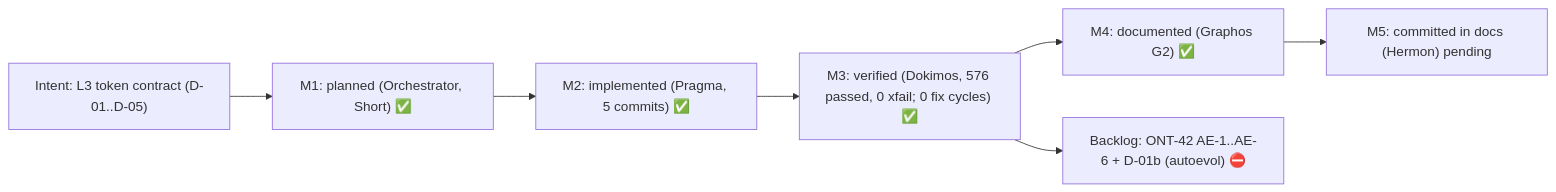
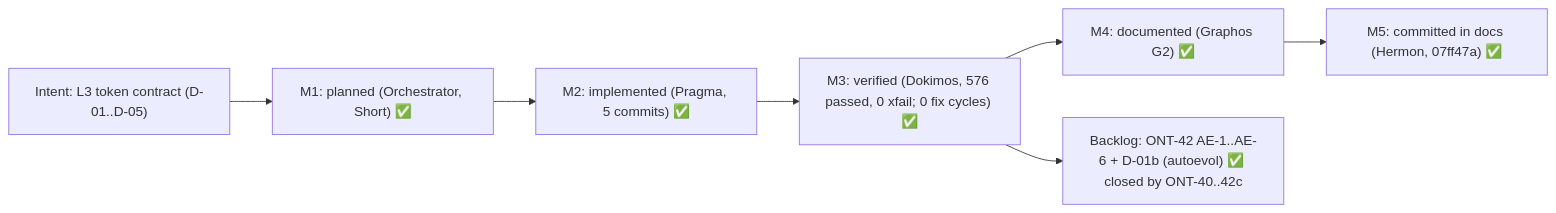
One commit to ancrz/agent-execution-plane changed diagram 19 of 28 in README.md. Above: the diagram before and after it, drawn with Mermaid. The commit also changed other lines of this file and 3 other files, not shown here.

````diff
--- a/README.md
+++ b/README.md
@@ -1130,9 +1130,9 @@
 ```mermaid
 flowchart LR
     I["Intent: L3 token contract (D-01..D-05)"] --> M1["M1: planned (Orchestrator, Short) ✅"]
     M1 --> M2["M2: implemented (Pragma, 5 commits) ✅"]
     M2 --> M3["M3: verified (Dokimos, 576 passed, 0 xfail; 0 fix cycles) ✅"]
     M3 --> M4["M4: documented (Graphos G2) ✅"]
-    M4 --> M5["M5: committed in docs (Hermon) pending"]
-    M3 --> B1["Backlog: ONT-42 AE-1..AE-6 + D-01b (autoevol) ⛔"]
+    M4 --> M5["M5: committed in docs (Hermon, 07ff47a) ✅"]
+    M3 --> B1["Backlog: ONT-42 AE-1..AE-6 + D-01b (autoevol) ✅ closed by ONT-40..42c"]
 ```
````
